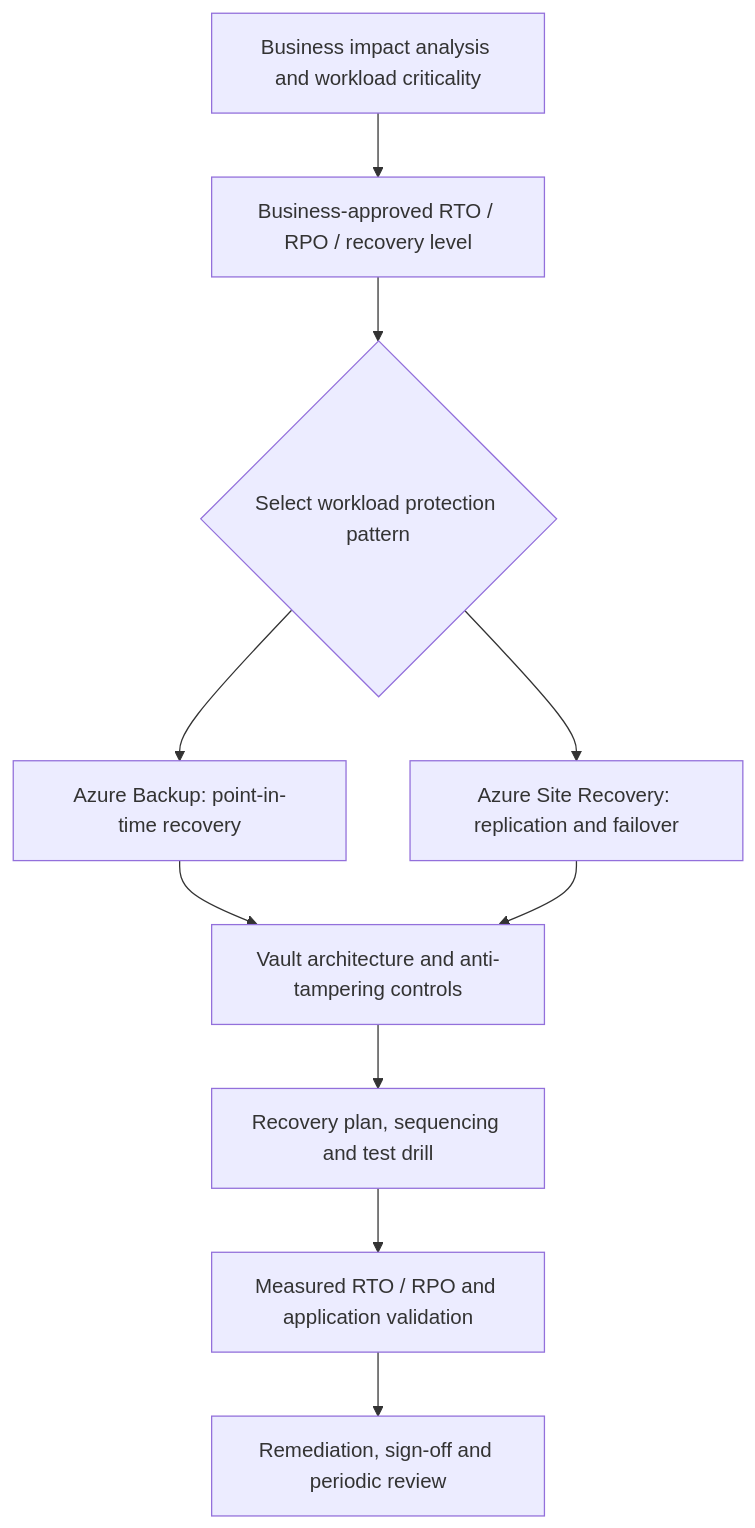
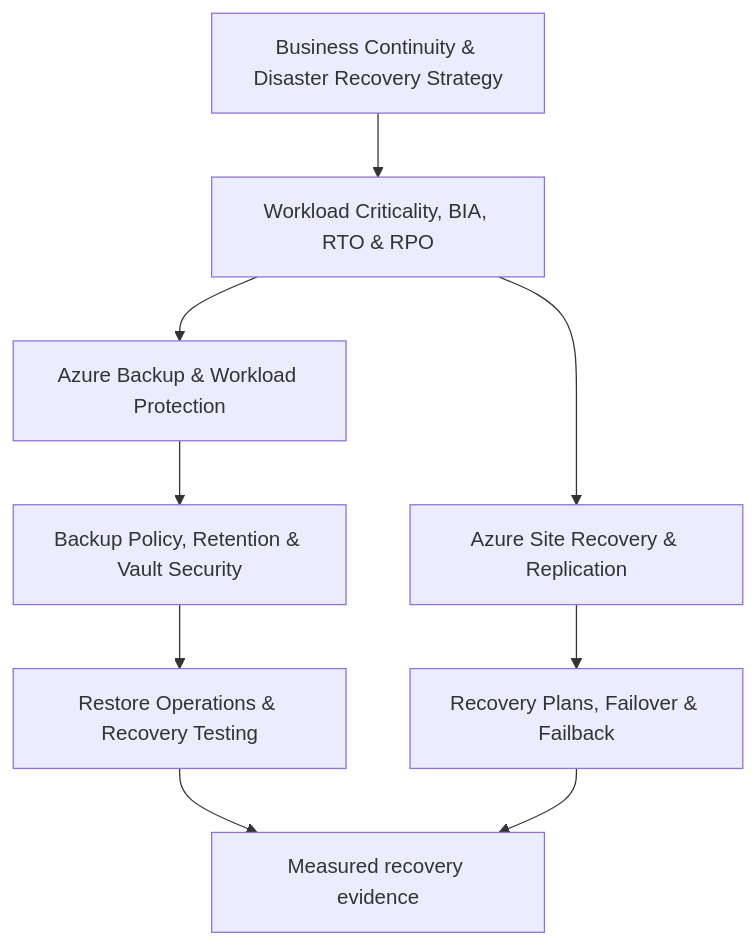
The diagram in 12-automation-backup-disaster-recovery/architecture.mmd (tripathies/azure-master-vault), drawn with Mermaid before and after one commit.

Commit message:
Update category 12 Mermaid lifecycle to unique recovery topics

```diff
--- a/12-automation-backup-disaster-recovery/architecture.mmd
+++ b/12-automation-backup-disaster-recovery/architecture.mmd
@@ -1,10 +1,9 @@
 flowchart TB
-  BIA["Business impact analysis and workload criticality"] --> Objectives["Business-approved RTO / RPO / recovery level"]
-  Objectives --> Pattern{"Select workload protection pattern"}
-  Pattern --> Backup["Azure Backup: point-in-time recovery"]
-  Pattern --> ASR["Azure Site Recovery: replication and failover"]
-  Backup --> Vault["Vault architecture and anti-tampering controls"]
-  ASR --> Vault
-  Vault --> Plan["Recovery plan, sequencing and test drill"]
-  Plan --> Evidence["Measured RTO / RPO and application validation"]
-  Evidence --> Review["Remediation, sign-off and periodic review"]
+  Strategy["Business Continuity & Disaster Recovery Strategy"] --> BIA["Workload Criticality, BIA, RTO & RPO"]
+  BIA --> Backup["Azure Backup & Workload Protection"]
+  Backup --> Policy["Backup Policy, Retention & Vault Security"]
+  Policy --> Restore["Restore Operations & Recovery Testing"]
+  BIA --> ASR["Azure Site Recovery & Replication"]
+  ASR --> Plans["Recovery Plans, Failover & Failback"]
+  Restore --> Evidence["Measured recovery evidence"]
+  Plans --> Evidence
```
